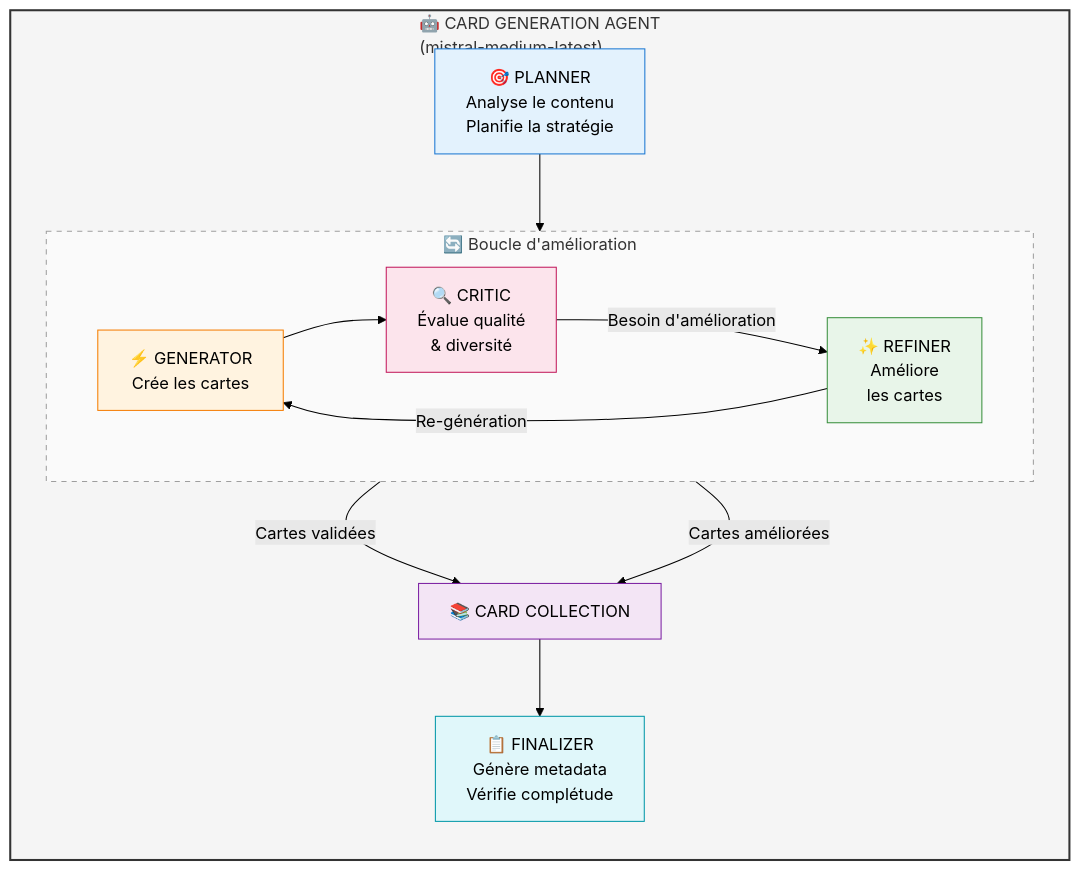
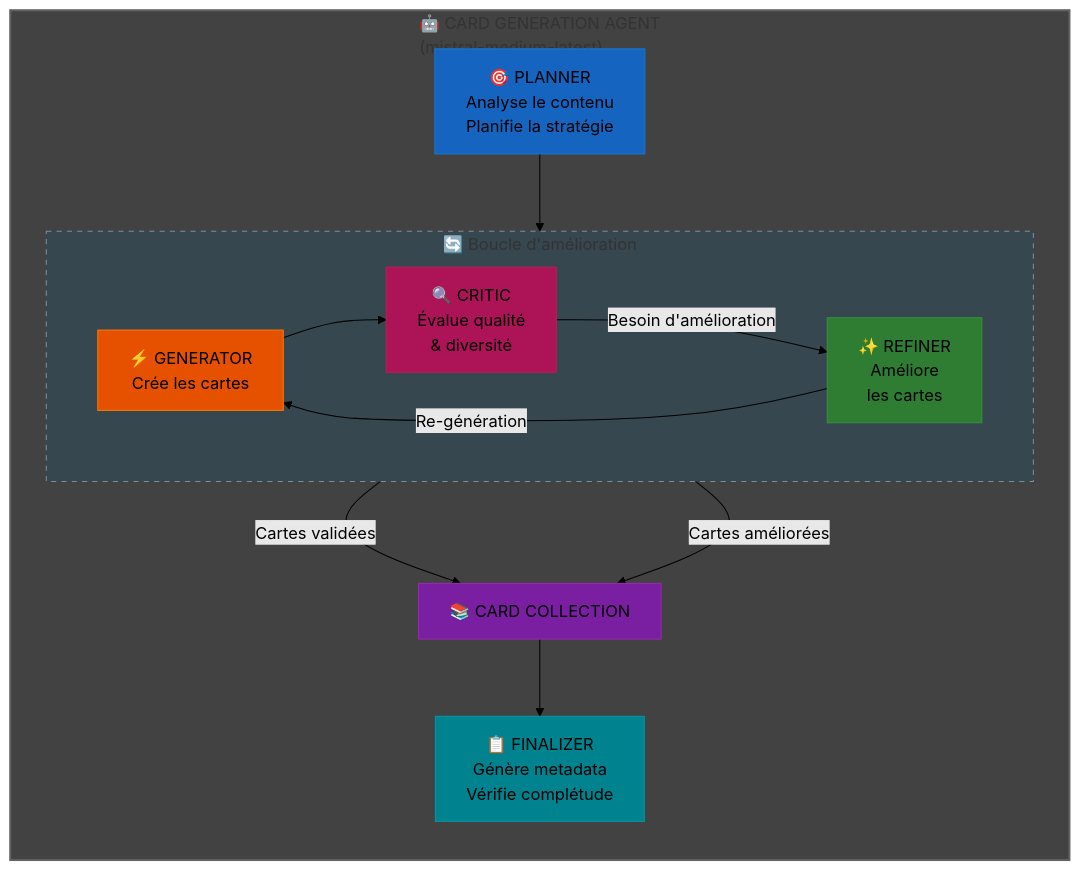
The sixth of 7 diagrams in src/content/docs/architecture/generation-cartes.mdx (mindlet-app/docs), drawn with Mermaid (forest theme) before and after one commit. The commit also changed other lines of this file and 17 other files, not shown here.

First line of the commit message:
feat: Update Mermaid diagrams and enhance documentation clarity

````diff
--- a/src/content/docs/architecture/generation-cartes.mdx
+++ b/src/content/docs/architecture/generation-cartes.mdx
@@ -102,35 +635,35 @@
 ```mermaid
 flowchart TB
     subgraph AGENT["🤖 CARD GENERATION AGENT<br/>(mistral-medium-latest)"]
         direction TB
         
         PLANNER["🎯 PLANNER<br/>Analyse le contenu<br/>Planifie la stratégie"]
         
         subgraph LOOP["🔄 Boucle d'amélioration"]
             direction LR
             GENERATOR["⚡ GENERATOR<br/>Crée les cartes"]
             CRITIC["🔍 CRITIC<br/>Évalue qualité<br/>& diversité"]
             REFINER["✨ REFINER<br/>Améliore<br/>les cartes"]
         end
         
         COLLECTION["📚 CARD COLLECTION"]
         FINALIZER["📋 FINALIZER<br/>Génère metadata<br/>Vérifie complétude"]
     end
     
     PLANNER --> GENERATOR
     GENERATOR --> CRITIC
     CRITIC -->|"Besoin d'amélioration"| REFINER
     REFINER -->|"Re-génération"| GENERATOR
     CRITIC -->|"Cartes validées"| COLLECTION
     REFINER -->|"Cartes améliorées"| COLLECTION
     COLLECTION --> FINALIZER
     
-    style AGENT fill:#f5f5f5,stroke:#333,stroke-width:2px
-    style PLANNER fill:#e3f2fd,stroke:#1976d2
-    style GENERATOR fill:#fff3e0,stroke:#f57c00
-    style CRITIC fill:#fce4ec,stroke:#c2185b
-    style REFINER fill:#e8f5e9,stroke:#388e3c
-    style COLLECTION fill:#f3e5f5,stroke:#7b1fa2
-    style FINALIZER fill:#e0f7fa,stroke:#0097a7
-    style LOOP fill:#fafafa,stroke:#9e9e9e,stroke-dasharray: 5 5
+    style AGENT fill:#424242,stroke:#616161,stroke-width:2px
+    style PLANNER fill:#1565c0,stroke:#1976d2
+    style GENERATOR fill:#e65100,stroke:#f57c00
+    style CRITIC fill:#ad1457,stroke:#c2185b
+    style REFINER fill:#2e7d32,stroke:#388e3c
+    style COLLECTION fill:#7b1fa2,stroke:#9c27b0
+    style FINALIZER fill:#00838f,stroke:#0097a7
+    style LOOP fill:#37474f,stroke:#78909c,stroke-dasharray: 5 5
 ```
````
